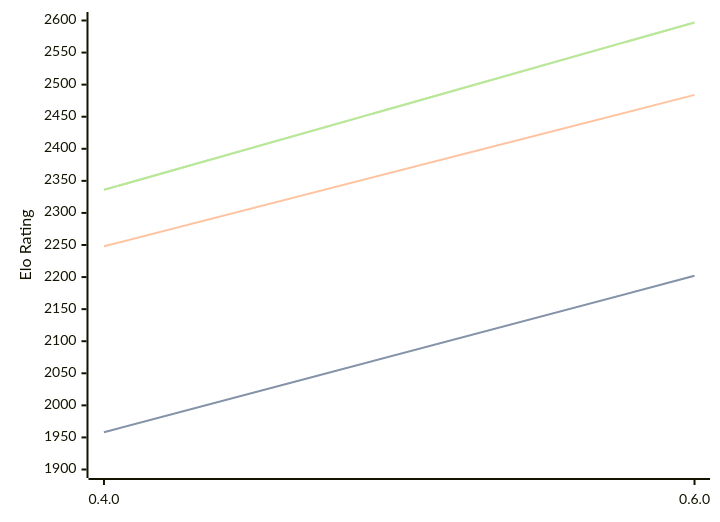
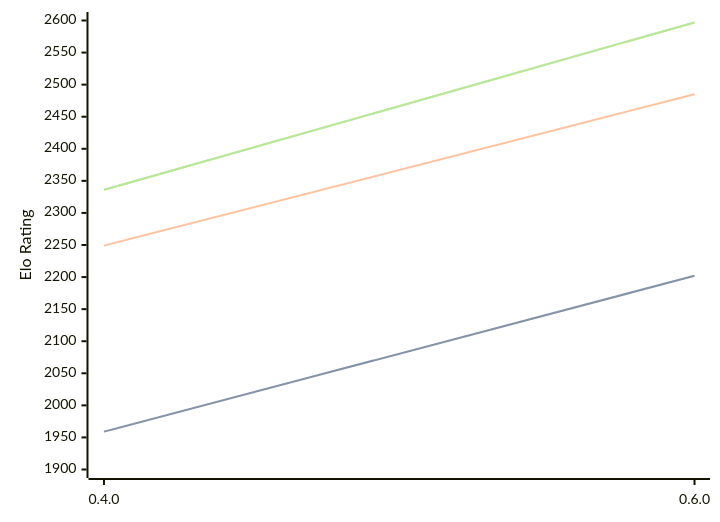
Before and after one commit to computer-chess-index/cci: the diagram in engines/Ariadne.md, drawn with Mermaid. The commit also changed other lines of this file, not shown here.

````diff
--- a/engines/Ariadne.md
+++ b/engines/Ariadne.md
@@ -36,11 +36,11 @@
 ```mermaid
 %%{init: {"theme":"base","themeVariables":{"seriesColors:['#a3a3a3','#222221','#faa371']}}}%%
 xychart-beta
   x-axis ["0.4.0", "0.6.0"]
   y-axis "Elo Rating" 1900 --> 2600
-  line "" [1958, 2202]
-  line "STC (8.0+0.08s)" [1958, 2202]
-  line "LTC (60.0+0.60s)" [2248, 2484]
+  line "" [1959, 2202]
+  line "STC (8.0+0.08s)" [1959, 2202]
+  line "LTC (60.0+0.60s)" [2249, 2485]
   line "" [2336, 2597]
   line "VLTC (2m24s+1.12s)" [2336, 2597]
 ```
````
